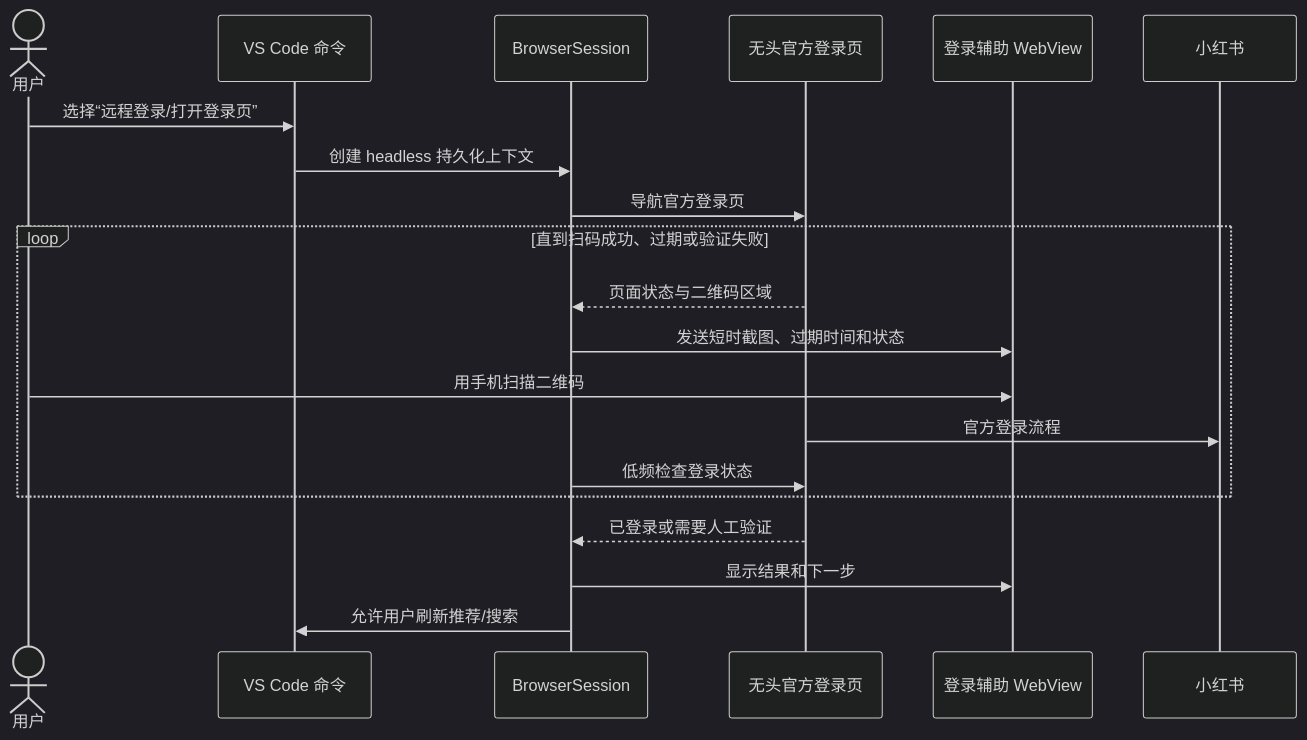
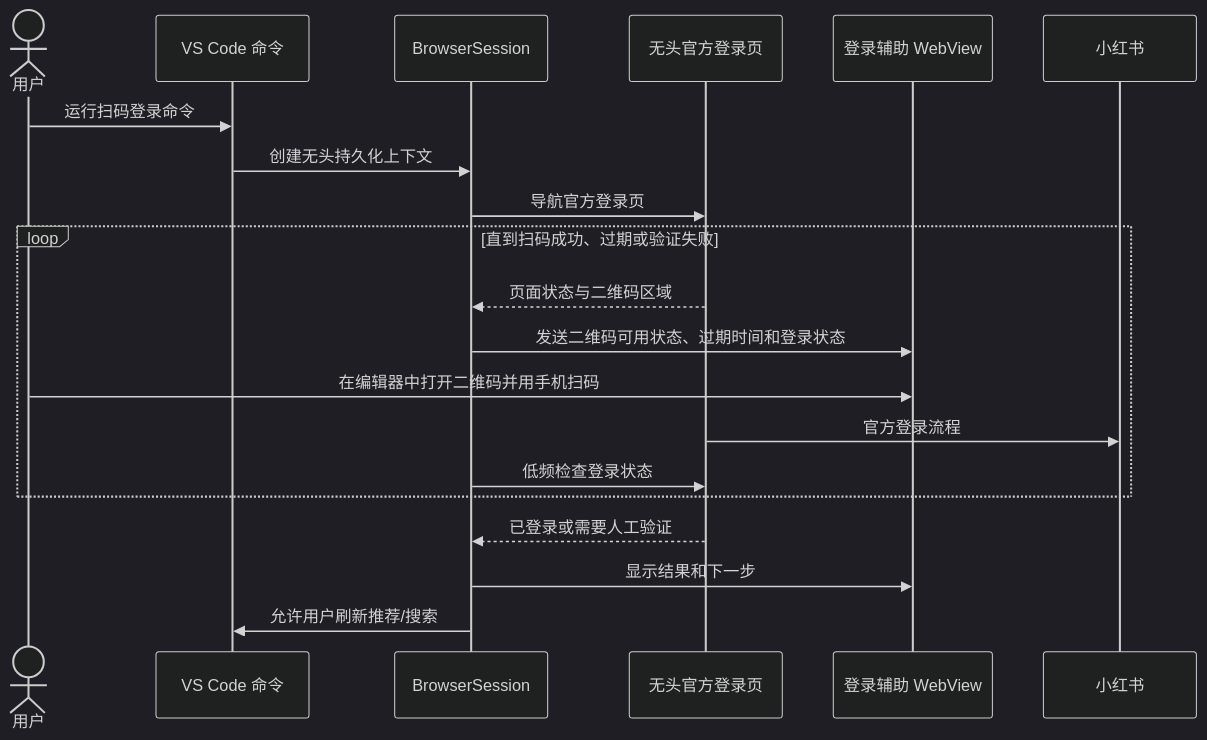
The third of 5 diagrams in docs/architecture.md (SmilingPixel/xiaohongshu-fisher), drawn with Mermaid (dark theme) before and after one commit. The commit also changed other lines of this file and 4 other files, not shown here.

````diff
--- a/docs/architecture.md
+++ b/docs/architecture.md
@@ -91,23 +85,23 @@
 ```mermaid
 sequenceDiagram
     actor User as 用户
     participant Command as VS Code 命令
     participant Session as BrowserSession
     participant Page as 无头官方登录页
     participant Login as 登录辅助 WebView
     participant Site as 小红书
 
-    User->>Command: 选择“远程登录/打开登录页”
-    Command->>Session: 创建 headless 持久化上下文
+    User->>Command: 运行扫码登录命令
+    Command->>Session: 创建无头持久化上下文
     Session->>Page: 导航官方登录页
     loop 直到扫码成功、过期或验证失败
         Page-->>Session: 页面状态与二维码区域
-        Session->>Login: 发送短时截图、过期时间和状态
-        User->>Login: 用手机扫描二维码
+        Session->>Login: 发送二维码可用状态、过期时间和登录状态
+        User->>Login: 在编辑器中打开二维码并用手机扫码
         Page->>Site: 官方登录流程
         Session->>Page: 低频检查登录状态
     end
     Page-->>Session: 已登录或需要人工验证
     Session->>Login: 显示结果和下一步
     Session->>Command: 允许用户刷新推荐/搜索
 ```
````
